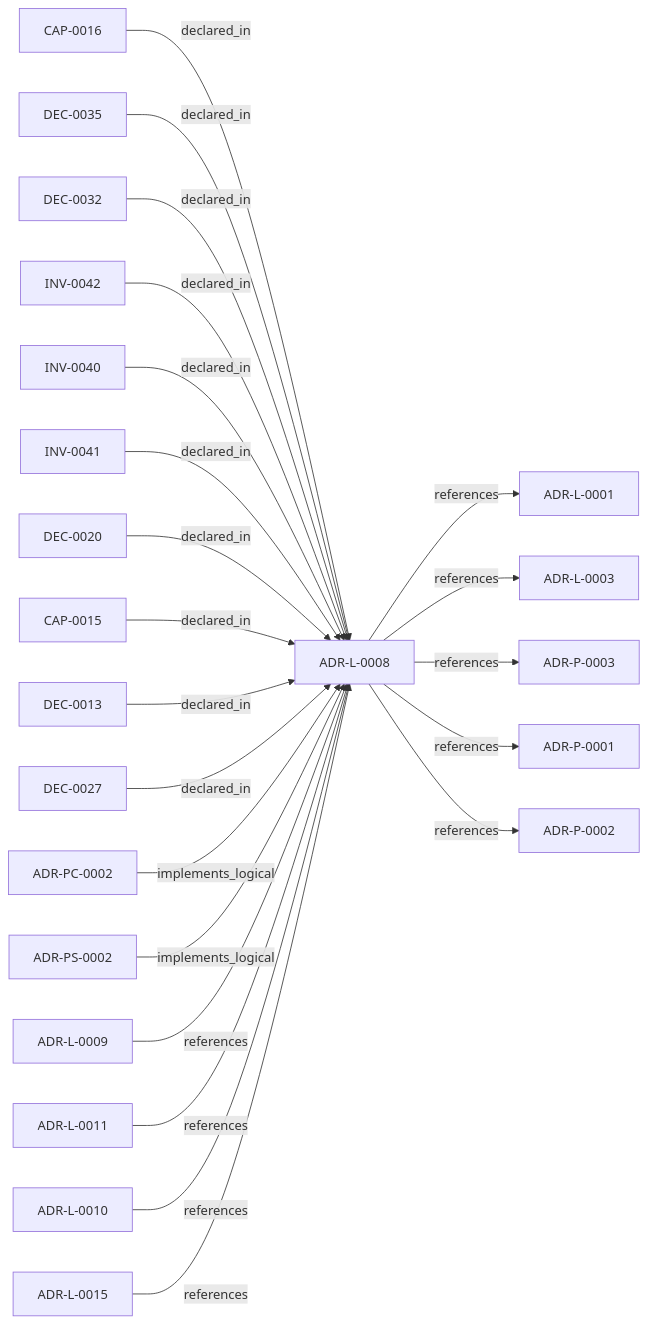
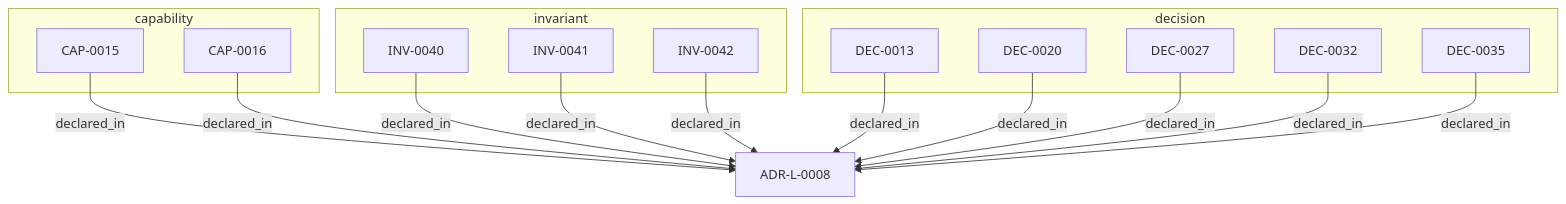
The second of 2 diagrams in adrs/adr-projection/logical/ADR-L-0008-validation-modes-for-draft-and-complete-adrs.md (egallmann/adr-architecture-kit), drawn with Mermaid before and after one commit. The commit also changed other lines of this file and 177 other files, not shown here.

````diff
--- a/adrs/adr-projection/logical/ADR-L-0008-validation-modes-for-draft-and-complete-adrs.md
+++ b/adrs/adr-projection/logical/ADR-L-0008-validation-modes-for-draft-and-complete-adrs.md
@@ -46,46 +107,30 @@
 ```mermaid
-flowchart LR
-  n_019fee89_e615_70a5_861b_b2dde147e5af["ADR-L-0001"]
-  n_019fee89_e615_77f6_9b1f_695732d25443["ADR-L-0003"]
-  n_019fee89_e616_705d_9a3d_4341d19e1541["CAP-0016"]
+flowchart TB
   n_019fee89_e616_7066_8d2f_3acc7f469f72["ADR-L-0008"]
-  n_019fee89_e616_7172_a93e_95eb4cac9011["DEC-0035"]
-  n_019fee89_e616_72f3_943b_62146272e78f["DEC-0032"]
-  n_019fee89_e616_7385_a83e_931f9da2d4db["INV-0042"]
-  n_019fee89_e616_770c_a025_2c241a720730["ADR-L-0009"]
-  n_019fee89_e616_7868_b425_c7f5680872b7["INV-0040"]
-  n_019fee89_e616_78b2_8f3d_005067fed51f["INV-0041"]
-  n_019fee89_e616_78cd_b936_3357c12efad1["DEC-0020"]
-  n_019fee89_e616_7abc_a63c_13e917ef49d8["CAP-0015"]
-  n_019fee89_e616_7b97_971d_ae165d13bf9c["ADR-L-0011"]
-  n_019fee89_e616_7d61_8e35_f11ba2ddd75d["ADR-L-0010"]
-  n_019fee89_e616_7ede_823e_bf6a70fc3814["DEC-0013"]
-  n_019fee89_e616_7ef2_8f0f_5593e9025be3["DEC-0027"]
-  n_019fee89_e617_7d2b_8325_cd85ff814477["ADR-PC-0002"]
-  n_019fee89_e617_7e69_861a_f3040f70c2d9["ADR-L-0015"]
-  n_019fee89_e618_742f_951d_d29401d56c19["ADR-P-0003"]
-  n_019fee89_e618_79ed_9d2d_cc35c63bc99a["ADR-P-0001"]
-  n_019fee89_e618_7a2f_aa3e_1f892cdf9410["ADR-P-0002"]
-  n_019fee89_e618_7d04_9337_4aa2d3258507["ADR-PS-0002"]
+  subgraph sg_capability["capability"]
+    n_019fee89_e616_7abc_a63c_13e917ef49d8["CAP-0015"]
+    n_019fee89_e616_705d_9a3d_4341d19e1541["CAP-0016"]
+  end
+  subgraph sg_decision["decision"]
+    n_019fee89_e616_7ede_823e_bf6a70fc3814["DEC-0013"]
+    n_019fee89_e616_78cd_b936_3357c12efad1["DEC-0020"]
+    n_019fee89_e616_7ef2_8f0f_5593e9025be3["DEC-0027"]
+    n_019fee89_e616_72f3_943b_62146272e78f["DEC-0032"]
+    n_019fee89_e616_7172_a93e_95eb4cac9011["DEC-0035"]
+  end
+  subgraph sg_invariant["invariant"]
+    n_019fee89_e616_7868_b425_c7f5680872b7["INV-0040"]
+    n_019fee89_e616_78b2_8f3d_005067fed51f["INV-0041"]
+    n_019fee89_e616_7385_a83e_931f9da2d4db["INV-0042"]
+  end
   n_019fee89_e616_705d_9a3d_4341d19e1541 -->|"declared_in"| n_019fee89_e616_7066_8d2f_3acc7f469f72
   n_019fee89_e616_7172_a93e_95eb4cac9011 -->|"declared_in"| n_019fee89_e616_7066_8d2f_3acc7f469f72
   n_019fee89_e616_72f3_943b_62146272e78f -->|"declared_in"| n_019fee89_e616_7066_8d2f_3acc7f469f72
   n_019fee89_e616_7385_a83e_931f9da2d4db -->|"declared_in"| n_019fee89_e616_7066_8d2f_3acc7f469f72
   n_019fee89_e616_7868_b425_c7f5680872b7 -->|"declared_in"| n_019fee89_e616_7066_8d2f_3acc7f469f72
   n_019fee89_e616_78b2_8f3d_005067fed51f -->|"declared_in"| n_019fee89_e616_7066_8d2f_3acc7f469f72
   n_019fee89_e616_78cd_b936_3357c12efad1 -->|"declared_in"| n_019fee89_e616_7066_8d2f_3acc7f469f72
   n_019fee89_e616_7abc_a63c_13e917ef49d8 -->|"declared_in"| n_019fee89_e616_7066_8d2f_3acc7f469f72
   n_019fee89_e616_7ede_823e_bf6a70fc3814 -->|"declared_in"| n_019fee89_e616_7066_8d2f_3acc7f469f72
   n_019fee89_e616_7ef2_8f0f_5593e9025be3 -->|"declared_in"| n_019fee89_e616_7066_8d2f_3acc7f469f72
-  n_019fee89_e617_7d2b_8325_cd85ff814477 -->|"implements_logical"| n_019fee89_e616_7066_8d2f_3acc7f469f72
-  n_019fee89_e618_7d04_9337_4aa2d3258507 -->|"implements_logical"| n_019fee89_e616_7066_8d2f_3acc7f469f72
-  n_019fee89_e616_7066_8d2f_3acc7f469f72 -->|"references"| n_019fee89_e615_70a5_861b_b2dde147e5af
-  n_019fee89_e616_7066_8d2f_3acc7f469f72 -->|"references"| n_019fee89_e615_77f6_9b1f_695732d25443
-  n_019fee89_e616_7066_8d2f_3acc7f469f72 -->|"references"| n_019fee89_e618_742f_951d_d29401d56c19
-  n_019fee89_e616_7066_8d2f_3acc7f469f72 -->|"references"| n_019fee89_e618_79ed_9d2d_cc35c63bc99a
-  n_019fee89_e616_7066_8d2f_3acc7f469f72 -->|"references"| n_019fee89_e618_7a2f_aa3e_1f892cdf9410
-  n_019fee89_e616_770c_a025_2c241a720730 -->|"references"| n_019fee89_e616_7066_8d2f_3acc7f469f72
-  n_019fee89_e616_7b97_971d_ae165d13bf9c -->|"references"| n_019fee89_e616_7066_8d2f_3acc7f469f72
-  n_019fee89_e616_7d61_8e35_f11ba2ddd75d -->|"references"| n_019fee89_e616_7066_8d2f_3acc7f469f72
-  n_019fee89_e617_7e69_861a_f3040f70c2d9 -->|"references"| n_019fee89_e616_7066_8d2f_3acc7f469f72
 ```
````
